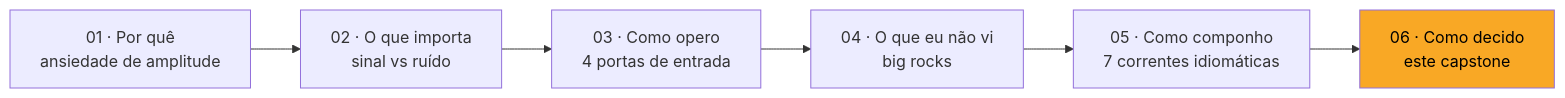
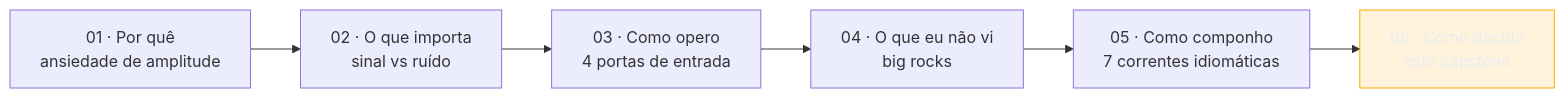
One commit to josenaldo/codex-technomanticus changed the first of 2 diagrams in 03-Dominios/Tecnologia/Cloud/21 - AWS a fundo/06 - Capstone — pensar como arquiteto AWS.md. Above: the diagram before and after it, drawn with Mermaid. The commit also changed 1181 other files, not shown here.

First line of the commit message:
fix(diagramas): paleta do sistema no lugar de cor cravada no markdown

````diff
--- a/03-Dominios/Tecnologia/Cloud/21 - AWS a fundo/06 - Capstone — pensar como arquiteto AWS.md
+++ b/03-Dominios/Tecnologia/Cloud/21 - AWS a fundo/06 - Capstone — pensar como arquiteto AWS.md
@@ -35,9 +35,10 @@
 ```mermaid
 flowchart LR
+    classDef destaque fill:#FFAA0024,stroke:#FFAA00,color:#E9ECF2
     N1["01 · Por quê<br/>ansiedade de amplitude"] --> N2["02 · O que importa<br/>sinal vs ruído"]
     N2 --> N3["03 · Como opero<br/>4 portas de entrada"]
     N3 --> N4["04 · O que eu não vi<br/>big rocks"]
     N4 --> N5["05 · Como componho<br/>7 correntes idiomáticas"]
     N5 --> N6["06 · Como decido<br/>este capstone"]
-    style N6 fill:#f9a825,color:#000
+    class N6 destaque
 ```
````
